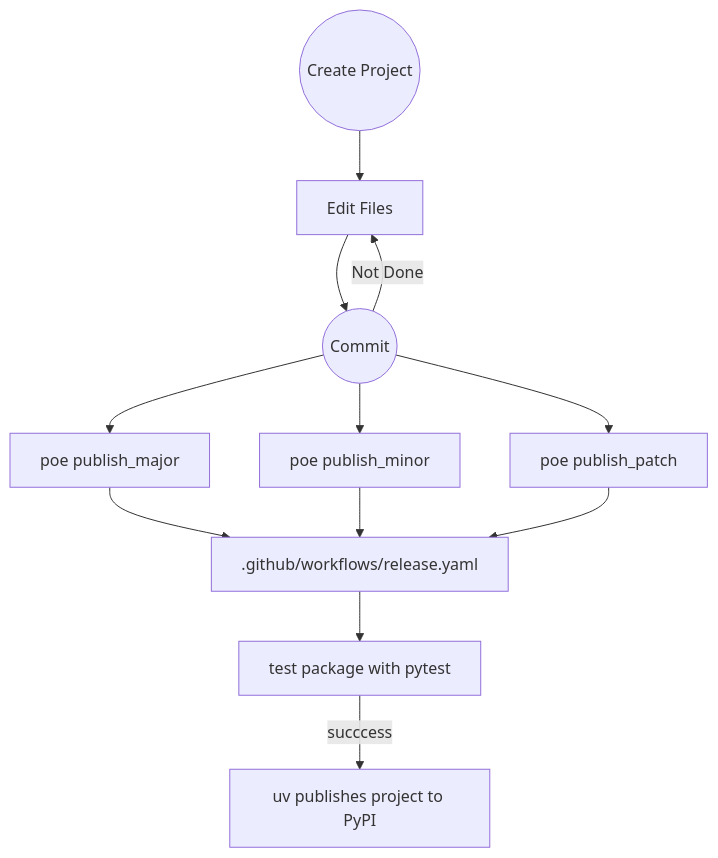
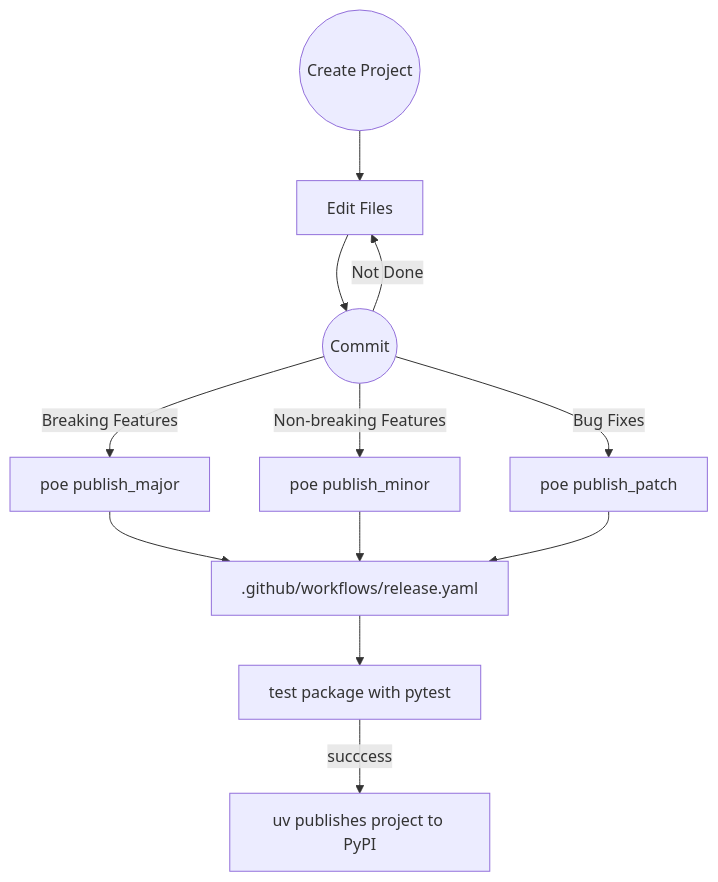
The diagram in README.md (JnyJny/python-package-cookiecutter), drawn with Mermaid before and after one commit.

Commit message:
Updated README.md
Updated mermaid diagram to indicate when to use the different publish tasks.

````diff
--- a/README.md
+++ b/README.md
@@ -167,14 +167,14 @@
 ```mermaid
 flowchart TD
     Create((Create Project)) --> Edit[Edit Files]
     Edit --> Commit((Commit))
     Commit -->|Not Done| Edit
-    Commit --> Major[poe publish_major]
-    Commit --> Minor[poe publish_minor]
-    Commit --> Patch[poe publish_patch]
+    Commit --> |Breaking Features| Major[poe publish_major]
+    Commit --> |Non-breaking Features| Minor[poe publish_minor]
+    Commit --> |Bug Fixes| Patch[poe publish_patch]
     Major --> workflow[.github/workflows/release.yaml]
     Minor --> workflow
     Patch --> workflow
     workflow --> test[test package with pytest]
     test --> |succcess| publish[uv publishes project to PyPI]
 ```
````
